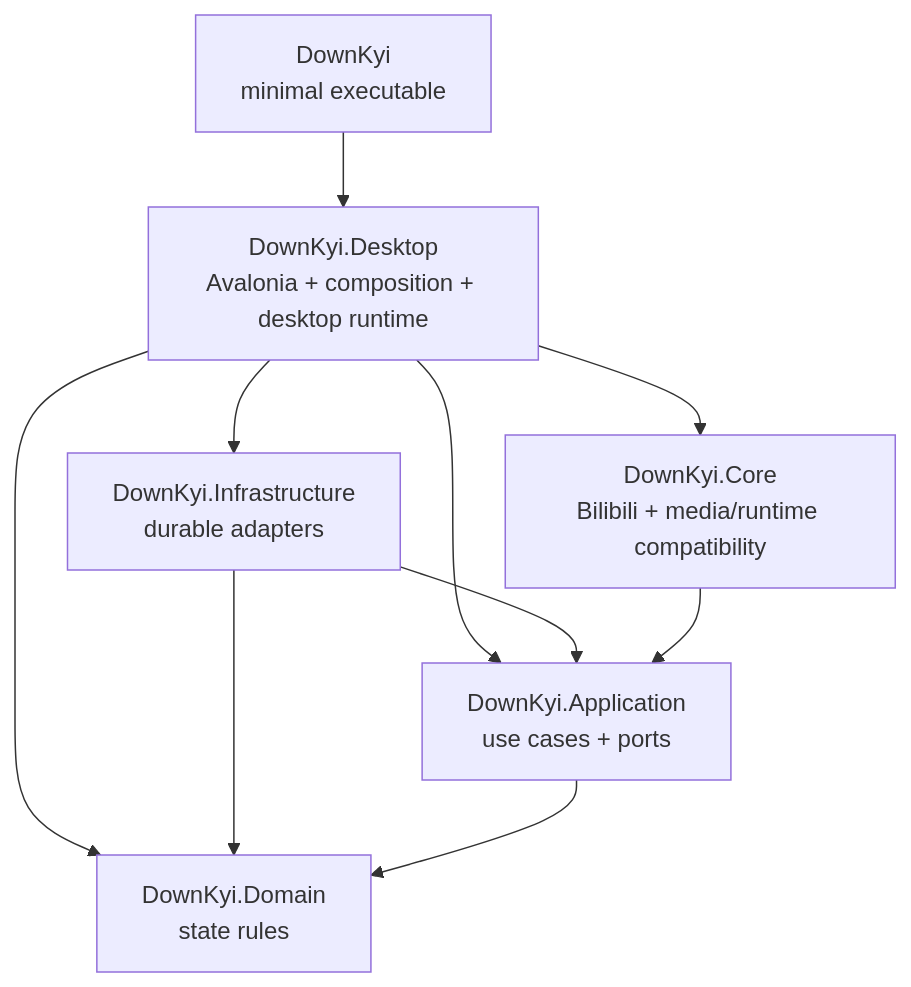
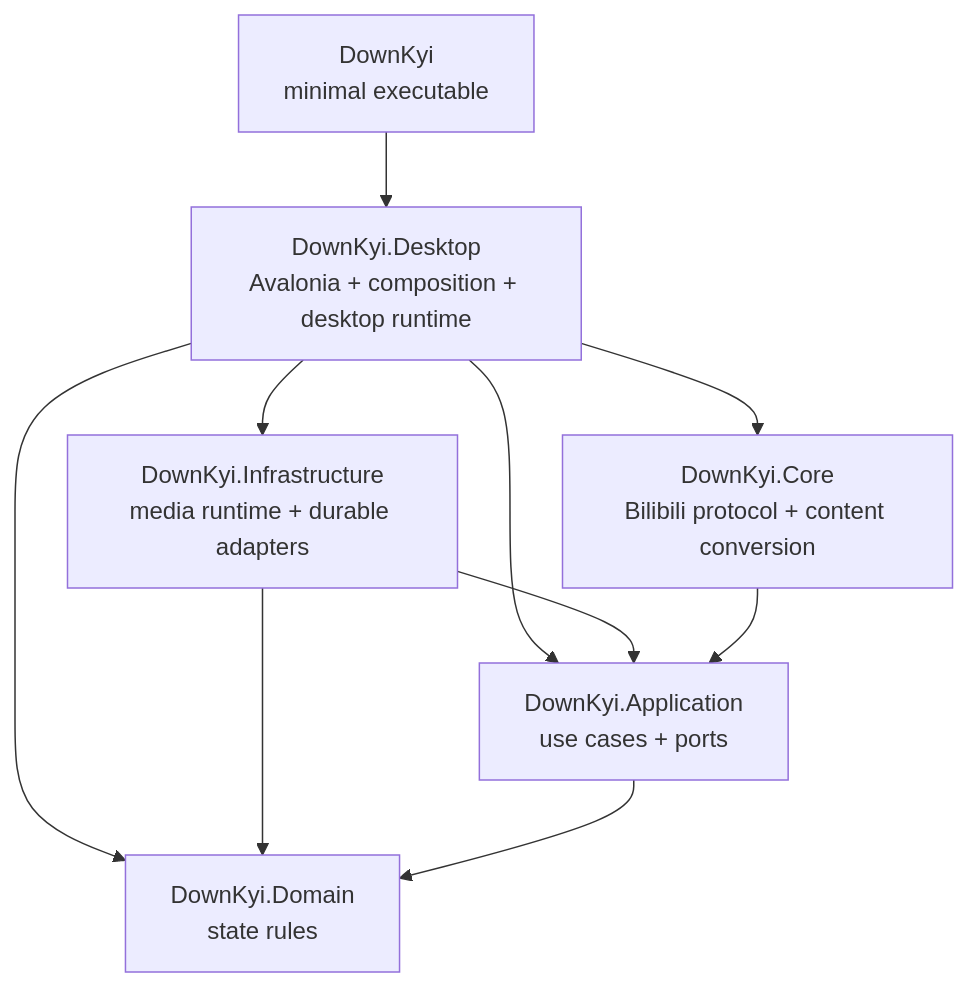
The first of 2 diagrams in ARCHITECTURE.md (Intorain/downkyicore), drawn with Mermaid before and after one commit. The commit also changed other lines of this file and 274 other files, not shown here.

Commit message:
refactor: move media and storage adapters into infrastructure

````diff
--- a/ARCHITECTURE.md
+++ b/ARCHITECTURE.md
@@ -16,12 +16,12 @@
 ```mermaid
 flowchart TD
     Entry["DownKyi\nminimal executable"] --> Desktop["DownKyi.Desktop\nAvalonia + composition + desktop runtime"]
-    Desktop --> Core["DownKyi.Core\nBilibili + media/runtime compatibility"]
+    Desktop --> Core["DownKyi.Core\nBilibili protocol + content conversion"]
     Desktop --> Application["DownKyi.Application\nuse cases + ports"]
     Desktop --> Domain["DownKyi.Domain\nstate rules"]
-    Desktop --> Infrastructure["DownKyi.Infrastructure\ndurable adapters"]
+    Desktop --> Infrastructure["DownKyi.Infrastructure\nmedia runtime + durable adapters"]
     Infrastructure --> Application
     Infrastructure --> Domain
     Core --> Application
     Application --> Domain
 ```
````
